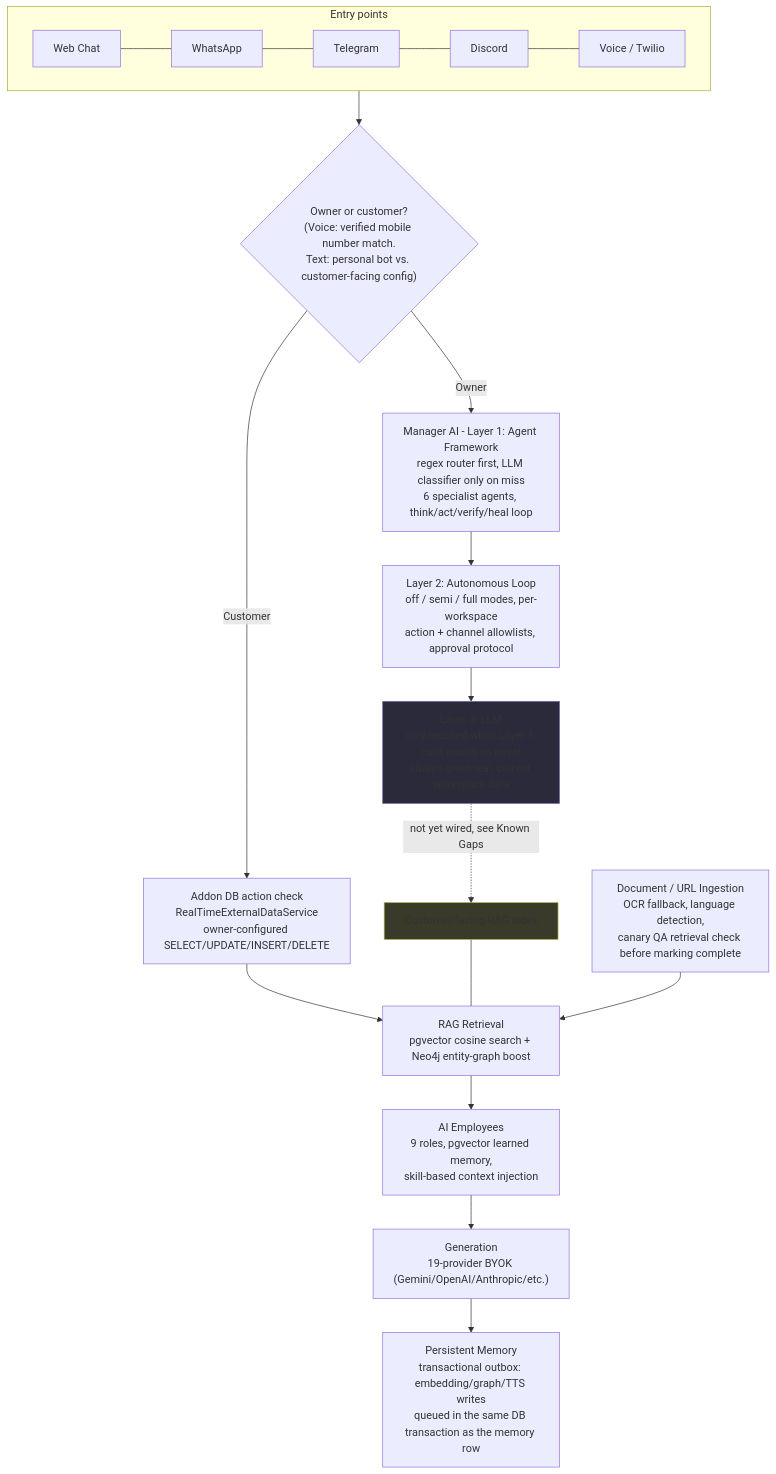
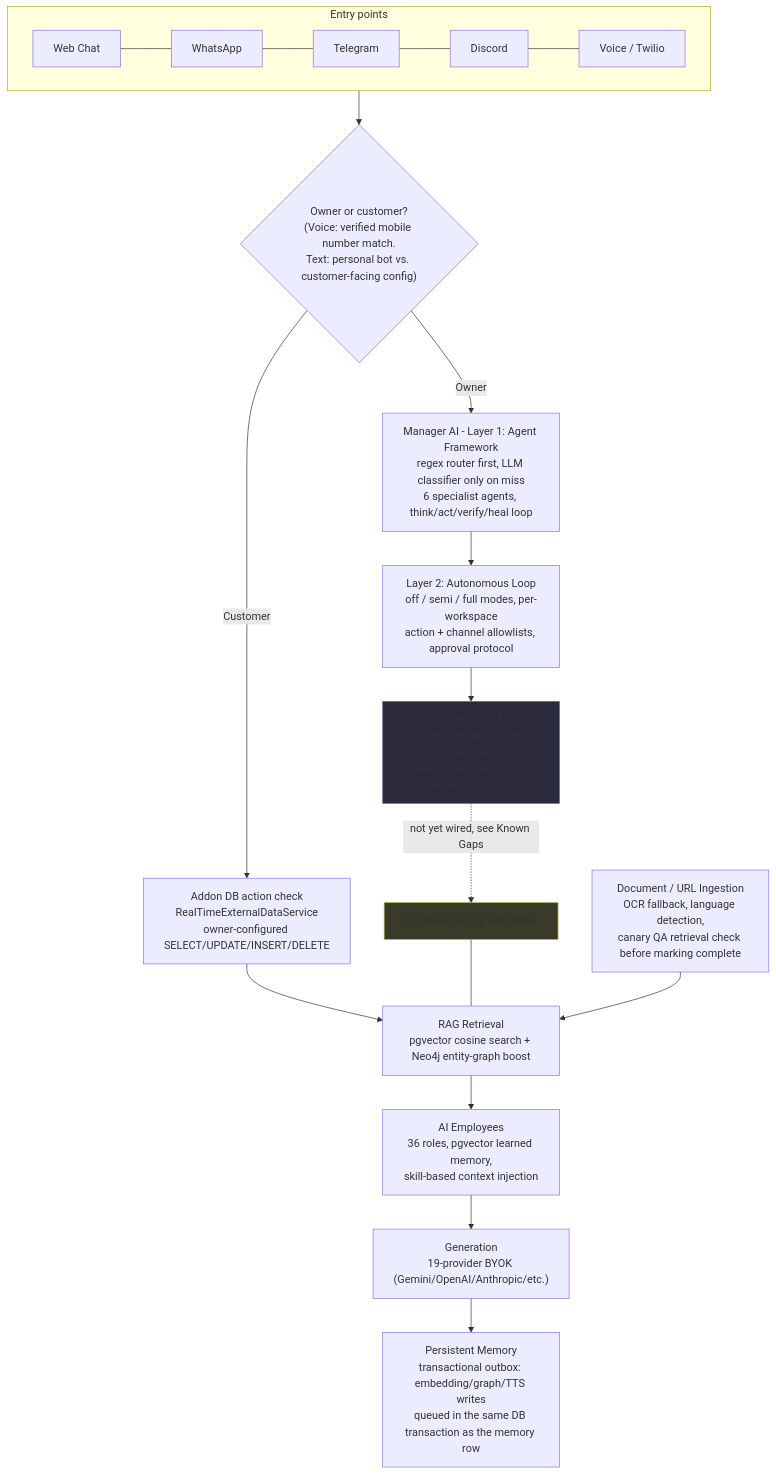
Before and after one commit to antonyrag/ragleap-core: the second of 9 diagrams in README.md, drawn with Mermaid. The commit also changed other lines of this file, not shown here.

````diff
--- a/README.md
+++ b/README.md
@@ -253,27 +253,27 @@
 ```mermaid
 flowchart TD
     subgraph Channels["Entry points"]
         Web[Web Chat] --- WA[WhatsApp] --- TG[Telegram] --- DC[Discord] --- Vc[Voice / Twilio]
     end
 
     Channels --> Router{"Owner or customer?<br/>(Voice: verified mobile number match.<br/>Text: personal bot vs. customer-facing config)"}
 
     Router -->|Owner| MgrL1["Manager AI - Layer 1: Agent Framework<br/>regex router first, LLM classifier only on miss<br/>6 specialist agents, think/act/verify/heal loop"]
     MgrL1 --> MgrL2["Layer 2: Autonomous Loop<br/>off / semi / full modes, per-workspace<br/>action + channel allowlists, approval protocol"]
     MgrL2 --> MgrL3["Layer 3: LLM<br/>only reached when Layer 1 can't match an intent<br/>always given real, current workspace data"]
     MgrL3 -.->|not yet wired, see Known Gaps| RAGShared["Customer-facing RAG index"]
 
     Router -->|Customer| Addon["Addon DB action check<br/>RealTimeExternalDataService<br/>owner-configured SELECT/UPDATE/INSERT/DELETE"]
     Addon --> RAG["RAG Retrieval<br/>pgvector cosine search + Neo4j entity-graph boost"]
     RAGShared --- RAG
 
-    RAG --> Employees["AI Employees<br/>9 roles, pgvector learned memory,<br/>skill-based context injection"]
+    RAG --> Employees["AI Employees<br/>36 roles, pgvector learned memory,<br/>skill-based context injection"]
     Employees --> Gen["Generation<br/>19-provider BYOK (Gemini/OpenAI/Anthropic/etc.)"]
 
     Gen --> Mem["Persistent Memory<br/>transactional outbox: embedding/graph/TTS writes<br/>queued in the same DB transaction as the memory row"]
 
     Ingest["Document / URL Ingestion<br/>OCR fallback, language detection,<br/>canary QA retrieval check before marking complete"] --> RAG
 
     style MgrL3 fill:#2a2a3a,stroke:#66a
     style RAGShared fill:#3a3a2a,stroke:#aa4
 ```
````
